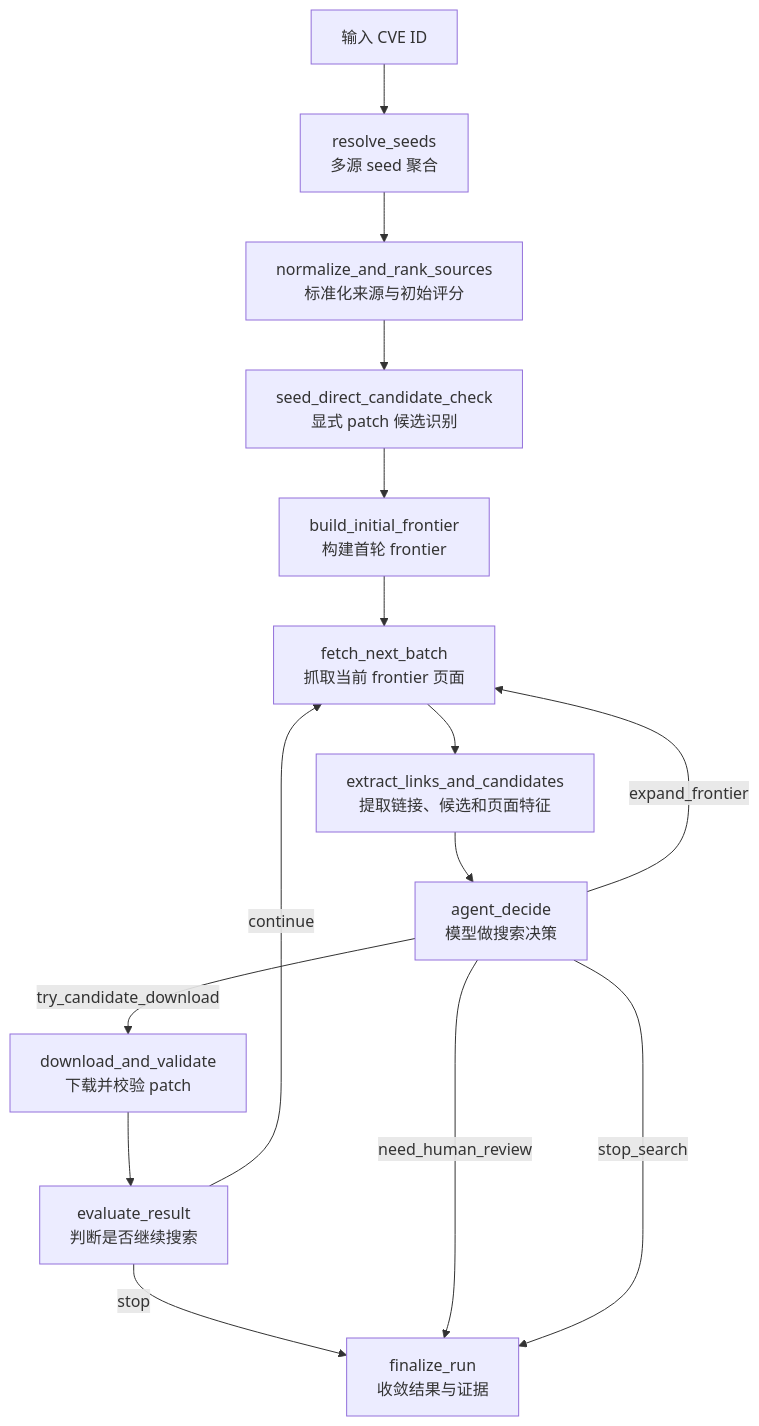
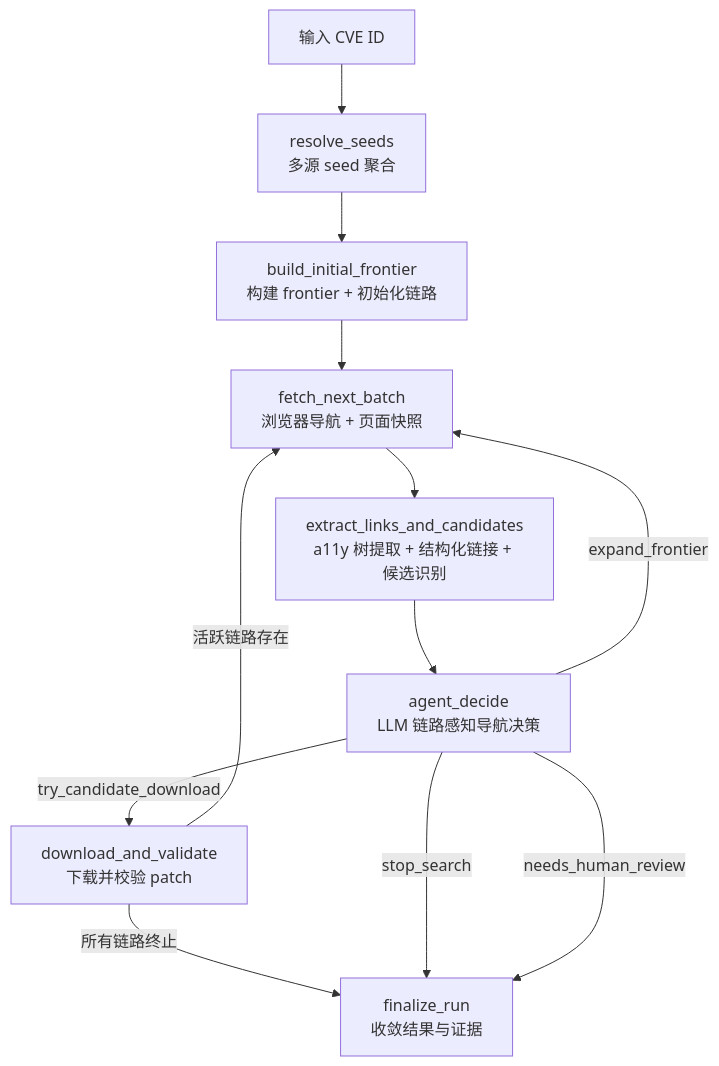
The diagram in docs/04-功能设计/M103-CVE数据源与页面探索规则功能设计.md (coeoo/AetherFlow), drawn with Mermaid before and after one commit. The commit also changed other lines of this file and 71 other files, not shown here.

First line of the commit message:
落地 CVE Patch 浏览器驱动型 AI Agent（Phase 1-4）

````diff
--- a/docs/04-功能设计/M103-CVE数据源与页面探索规则功能设计.md
+++ b/docs/04-功能设计/M103-CVE数据源与页面探索规则功能设计.md
@@ -97,17 +104,14 @@
 ```mermaid
 flowchart TD
     A["输入 CVE ID"] --> B["resolve_seeds\n多源 seed 聚合"]
-    B --> C["normalize_and_rank_sources\n标准化来源与初始评分"]
-    C --> D["seed_direct_candidate_check\n显式 patch 候选识别"]
-    D --> E["build_initial_frontier\n构建首轮 frontier"]
-    E --> F["fetch_next_batch\n抓取当前 frontier 页面"]
-    F --> G["extract_links_and_candidates\n提取链接、候选和页面特征"]
-    G --> H["agent_decide\n模型做搜索决策"]
-    H -->|expand_frontier| F
-    H -->|try_candidate_download| I["download_and_validate\n下载并校验 patch"]
-    I --> J["evaluate_result\n判断是否继续搜索"]
-    J -->|continue| F
-    J -->|stop| K["finalize_run\n收敛结果与证据"]
-    H -->|need_human_review| K
-    H -->|stop_search| K
+    B --> C["build_initial_frontier\n构建 frontier + 初始化链路"]
+    C --> D["fetch_next_batch\n浏览器导航 + 页面快照"]
+    D --> E["extract_links_and_candidates\na11y 树提取 + 结构化链接 + 候选识别"]
+    E --> F["agent_decide\nLLM 链路感知导航决策"]
+    F -->|expand_frontier| D
+    F -->|try_candidate_download| G["download_and_validate\n下载并校验 patch"]
+    G -->|活跃链路存在| D
+    G -->|所有链路终止| H["finalize_run\n收敛结果与证据"]
+    F -->|stop_search| H
+    F -->|needs_human_review| H
 ```
````
